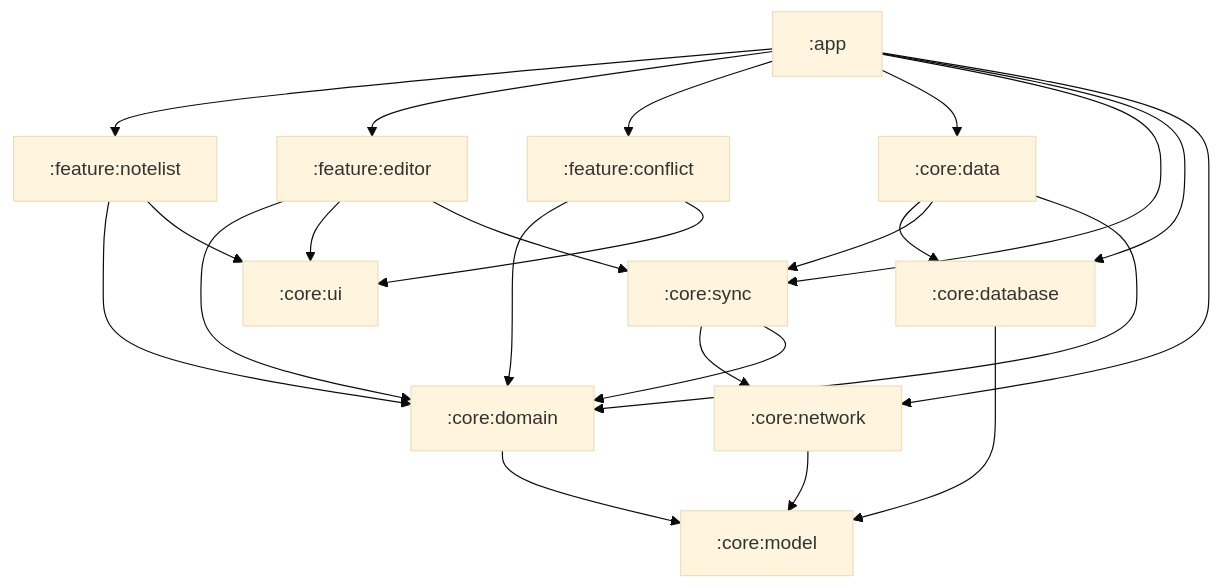
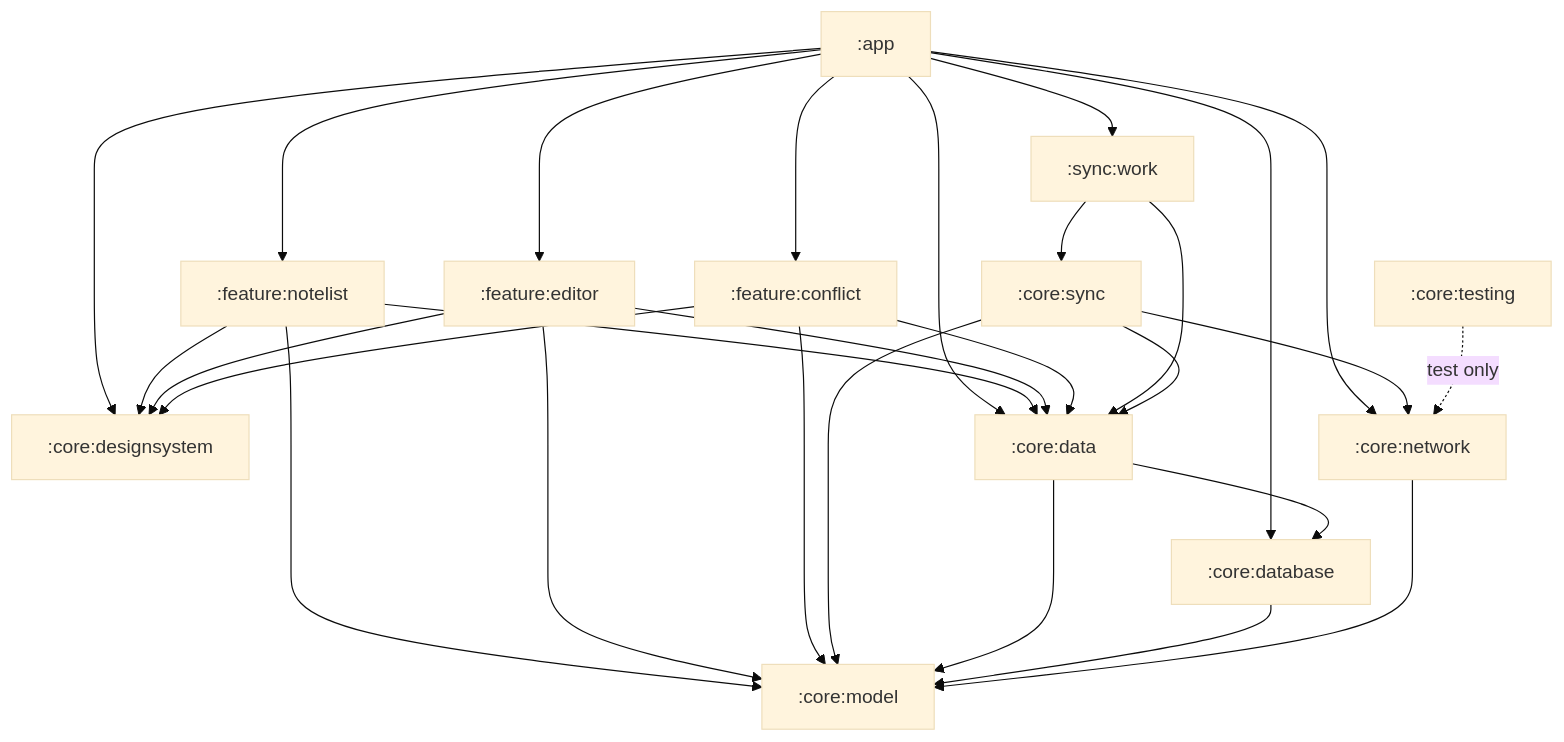
One commit to savvasg28/offline-notes changed the second of 4 diagrams in README.md. Above: the diagram before and after it, drawn with Mermaid (base theme). The commit also changed other lines of this file and 53 other files, not shown here.

First line of the commit message:
Address architecture review: drop :core:domain, split sync's trigger from its engine, add a design system, a shared test-fake module, and Gradle convention plugins

````diff
--- a/README.md
+++ b/README.md
@@ -52,25 +52,27 @@
 ```mermaid
 flowchart TD
     app[":app"]
     fnl[":feature:notelist"]
     fed[":feature:editor"]
     fco[":feature:conflict"]
-    cui[":core:ui"]
+    cds[":core:designsystem"]
     cdata[":core:data"]
     csync[":core:sync"]
+    swork[":sync:work"]
     cdb[":core:database"]
     cnet[":core:network"]
-    cdom[":core:domain"]
+    ctest[":core:testing"]
     cmodel[":core:model"]
 
     app --> fnl & fed & fco
-    fnl --> cdom & cui
-    fed --> cdom & cui & csync
-    fco --> cdom & cui
-    app --> cdata & csync & cdb & cnet
-    cdata --> cdb & csync & cdom
-    csync --> cnet & cdom
+    app --> cdata & cdb & cnet & cds & swork
+    fnl --> cmodel & cdata & cds
+    fed --> cmodel & cdata & cds
+    fco --> cmodel & cdata & cds
+    swork --> cdata & csync
+    csync --> cmodel & cdata & cnet
+    cdata --> cmodel & cdb
     cdb --> cmodel
     cnet --> cmodel
-    cdom --> cmodel
+    ctest -.test only.-> cnet
 ```
````
